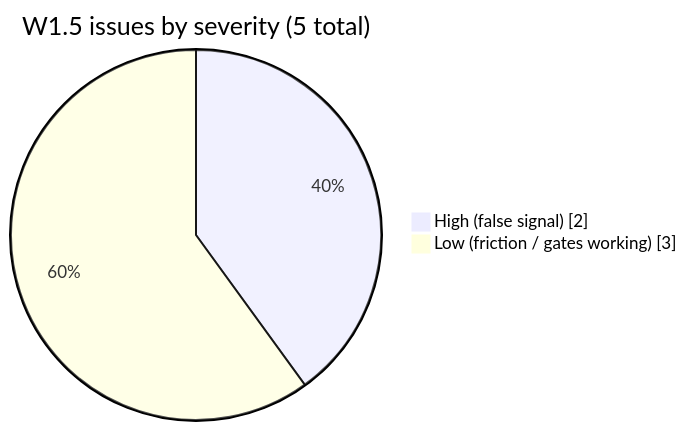
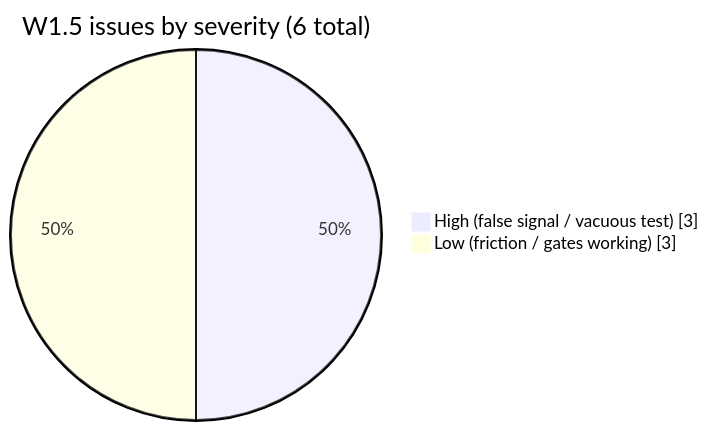
One commit to pranems/SCIMServer changed the fourth of 4 diagrams in docs/auth/EXECUTION_ISSUES_AND_RCA.md. Above: the diagram before and after it, drawn with Mermaid. The commit also changed other lines of this file and 3 other files, not shown here.

````diff
--- a/docs/auth/EXECUTION_ISSUES_AND_RCA.md
+++ b/docs/auth/EXECUTION_ISSUES_AND_RCA.md
@@ -520,6 +521,6 @@
 ```mermaid
 pie showData
-    title W1.5 issues by severity (5 total)
-    "High (false signal)" : 2
+    title W1.5 issues by severity (6 total)
+    "High (false signal / vacuous test)" : 3
     "Low (friction / gates working)" : 3
 ```
````
